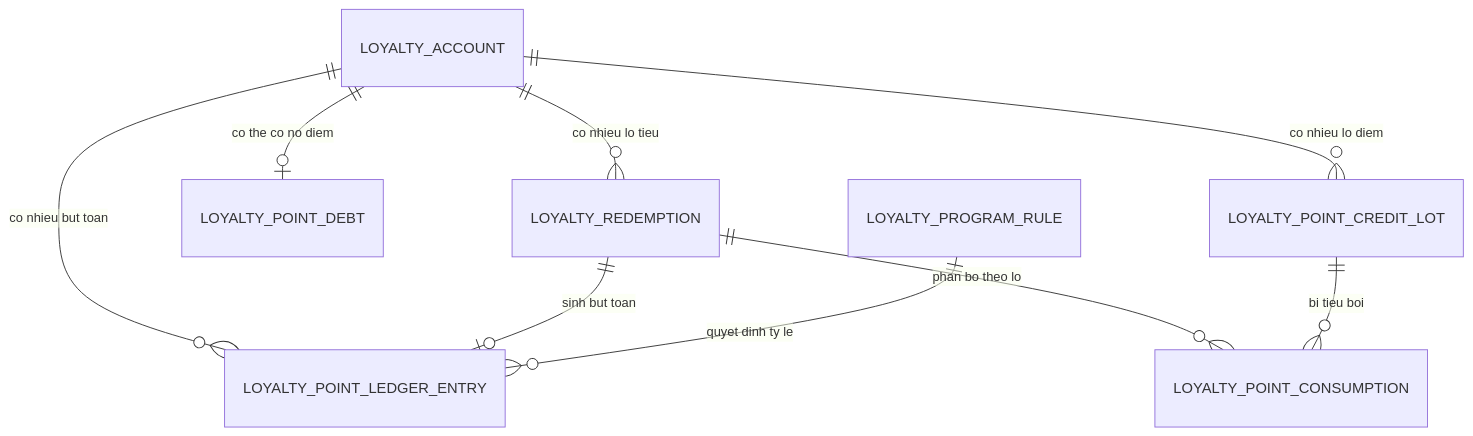
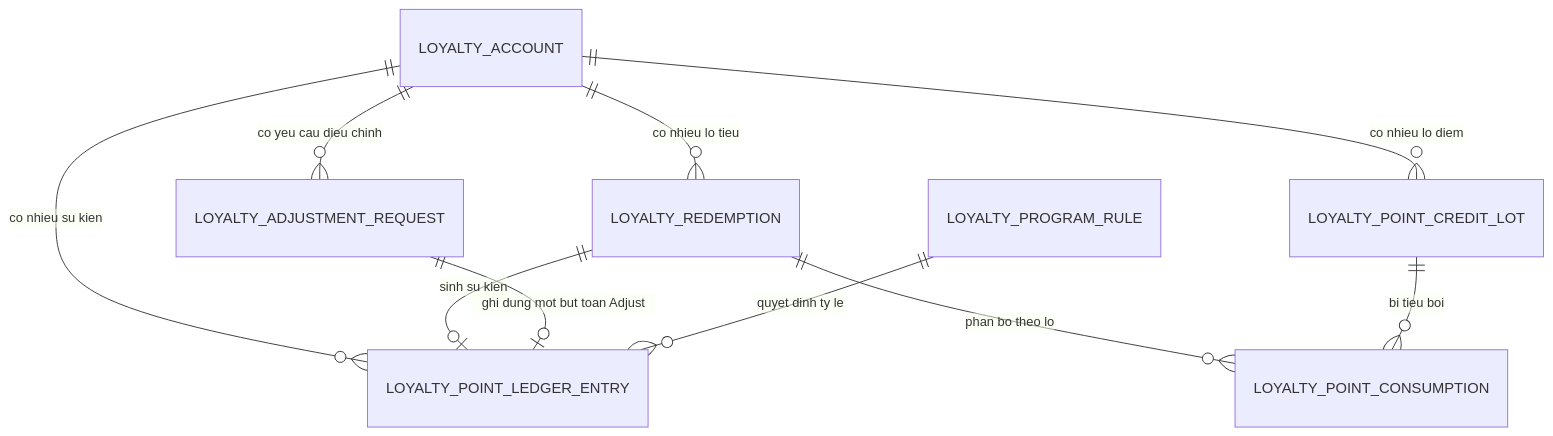
The fifth of 5 diagrams in docs/features/loyalty/loy-001-diem-thuong.md (hungnt9801/eCommerce), drawn with Mermaid before and after one commit. The commit also changed other lines of this file and 9 other files, not shown here.

````diff
--- a/docs/features/loyalty/loy-001-diem-thuong.md
+++ b/docs/features/loyalty/loy-001-diem-thuong.md
@@ -284,11 +305,12 @@
 ```mermaid
 erDiagram
-    LOYALTY_ACCOUNT ||--o{ LOYALTY_POINT_LEDGER_ENTRY : "co nhieu but toan"
+    LOYALTY_ACCOUNT ||--o{ LOYALTY_POINT_LEDGER_ENTRY : "co nhieu su kien"
     LOYALTY_ACCOUNT ||--o{ LOYALTY_POINT_CREDIT_LOT : "co nhieu lo diem"
-    LOYALTY_ACCOUNT ||--o| LOYALTY_POINT_DEBT : "co the co no diem"
+    LOYALTY_ACCOUNT ||--o{ LOYALTY_ADJUSTMENT_REQUEST : "co yeu cau dieu chinh"
     LOYALTY_REDEMPTION ||--o{ LOYALTY_POINT_CONSUMPTION : "phan bo theo lo"
     LOYALTY_POINT_CREDIT_LOT ||--o{ LOYALTY_POINT_CONSUMPTION : "bi tieu boi"
     LOYALTY_ACCOUNT ||--o{ LOYALTY_REDEMPTION : "co nhieu lo tieu"
-    LOYALTY_REDEMPTION ||--o| LOYALTY_POINT_LEDGER_ENTRY : "sinh but toan"
+    LOYALTY_REDEMPTION ||--o| LOYALTY_POINT_LEDGER_ENTRY : "sinh su kien"
+    LOYALTY_ADJUSTMENT_REQUEST ||--o| LOYALTY_POINT_LEDGER_ENTRY : "ghi dung mot but toan Adjust"
     LOYALTY_PROGRAM_RULE ||--o{ LOYALTY_POINT_LEDGER_ENTRY : "quyet dinh ty le"
 ```
````
